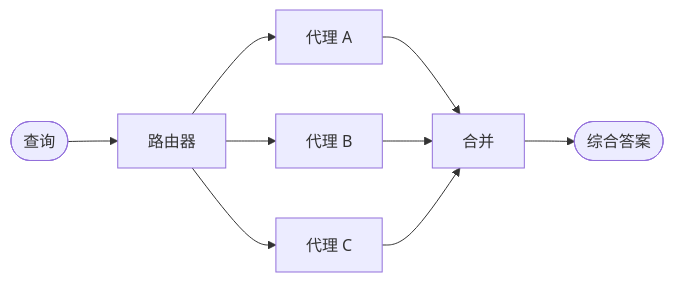
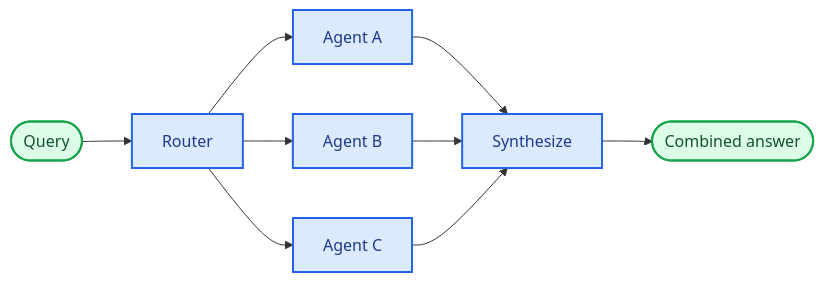
One commit to kunfan96/cndocs-langchain changed the diagram in oss/python/langchain/multi-agent/router.mdx. Above: the diagram before and after it, drawn with Mermaid. The commit also changed other lines of this file and 2611 other files, not shown here.

````diff
--- a/oss/python/langchain/multi-agent/router.mdx
+++ b/oss/python/langchain/multi-agent/router.mdx
@@ -7,11 +7,17 @@
 ```mermaid
 graph LR
-    A([查询]) --> B[路由器]
-    B --> C[代理 A]
-    B --> D[代理 B]
-    B --> E[代理 C]
-    C --> F[合并]
+    A([Query]) --> B[Router]
+    B --> C[Agent A]
+    B --> D[Agent B]
+    B --> E[Agent C]
+    C --> F[Synthesize]
     D --> F
     E --> F
-    F --> G([综合答案])
+    F --> G([Combined answer])
+
+    classDef trigger fill:#DCFCE7,stroke:#16A34A,stroke-width:2px,color:#14532D
+    classDef process fill:#DBEAFE,stroke:#2563EB,stroke-width:2px,color:#1E3A8A
+
+    class A,G trigger
+    class B,C,D,E,F process
 ```
````
